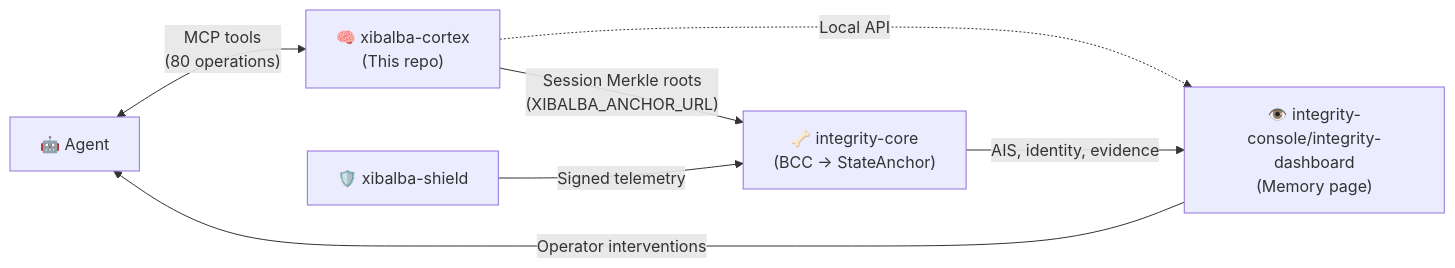
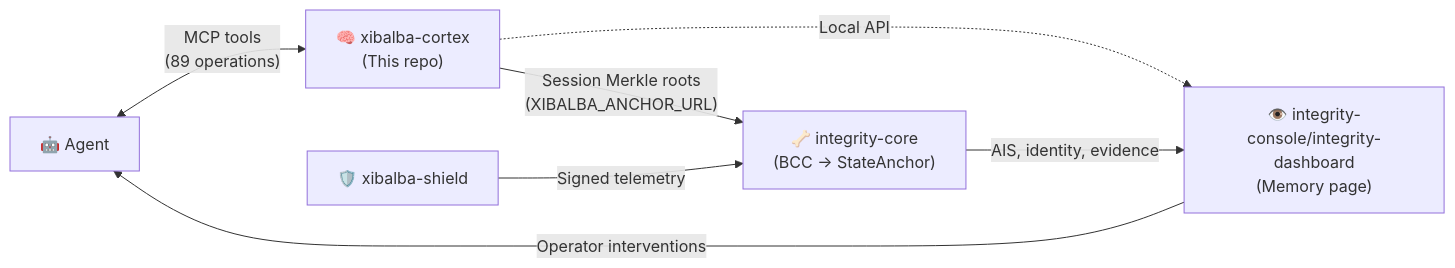
One commit to XibalbaTechSol/xibalba-cortex changed the second of 2 diagrams in README.md. Above: the diagram before and after it, drawn with Mermaid. The commit also changed other lines of this file and 7 other files, not shown here.

````diff
--- a/README.md
+++ b/README.md
@@ -474,9 +474,9 @@
 ```mermaid
 flowchart LR
-    Agent["🤖 Agent"] <-->|"MCP tools<br/>(80 operations)"| Brain["🧠 xibalba-cortex<br/>(This repo)"]
+    Agent["🤖 Agent"] <-->|"MCP tools<br/>(89 operations)"| Brain["🧠 xibalba-cortex<br/>(This repo)"]
     Brain -->|"Session Merkle roots<br/>(XIBALBA_ANCHOR_URL)"| Backbone["🦴 integrity-core<br/>(BCC → StateAnchor)"]
     Brain -.->|"Local API"| Eyes["👁️ integrity-console/integrity-dashboard<br/>(Memory page)"]
     Immune["🛡️ xibalba-shield"] -->|"Signed telemetry"| Backbone
     Backbone -->|"AIS, identity, evidence"| Eyes
     Eyes -->|"Operator interventions"| Agent
 ```
````
